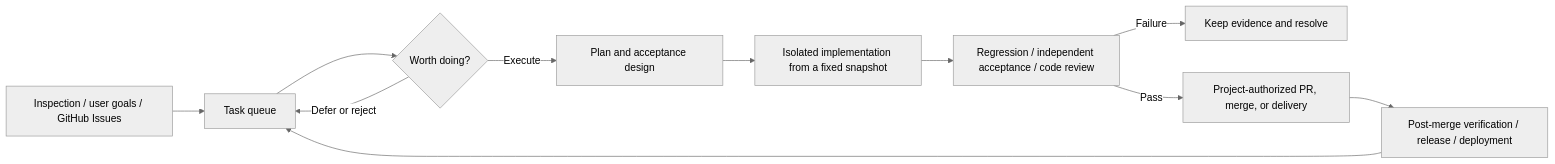
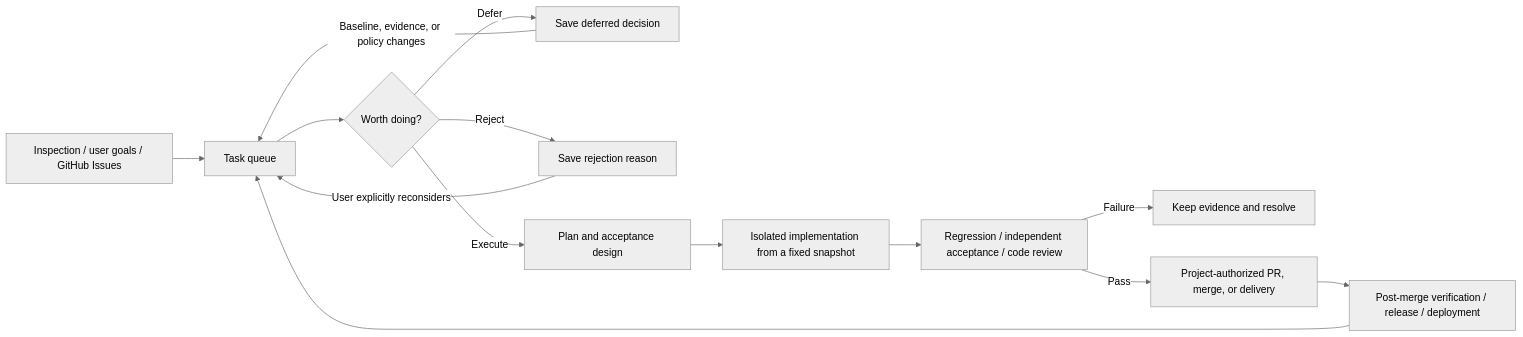
The diagram in README.en.md (Haoog/Adaptive-RSI), drawn with Mermaid (neutral theme) before and after one commit. The commit also changed 7 other files, not shown here.

````diff
--- a/README.en.md
+++ b/README.en.md
@@ -28,13 +28,16 @@
 ```mermaid
 flowchart LR
     A[Inspection / user goals / GitHub Issues] --> B[Task queue]
     B --> C{Worth doing?}
-    C -->|Defer or reject| B
+    C -->|Defer| Z[Save deferred decision]
+    C -->|Reject| Y[Save rejection reason]
+    Z -->|Baseline, evidence, or policy changes| B
+    Y -->|User explicitly reconsiders| B
     C -->|Execute| D[Plan and acceptance design]
     D --> E[Isolated implementation from a fixed snapshot]
     E --> F[Regression / independent acceptance / code review]
     F -->|Failure| G[Keep evidence and resolve]
     F -->|Pass| H[Project-authorized PR, merge, or delivery]
     H --> I[Post-merge verification / release / deployment]
     I --> B
 ```
````
